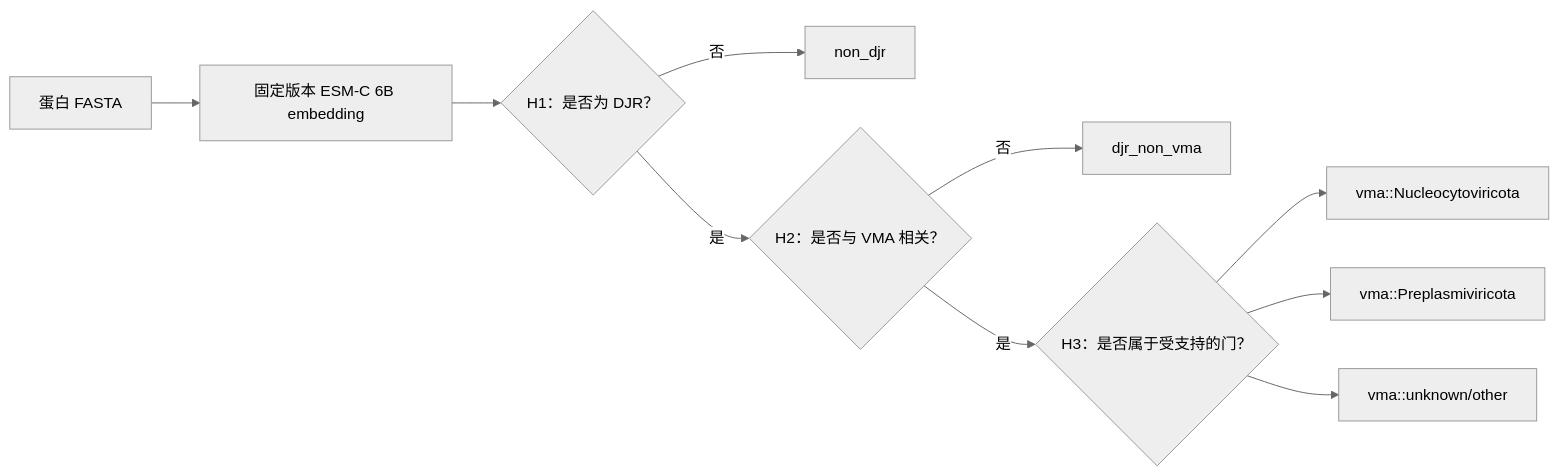
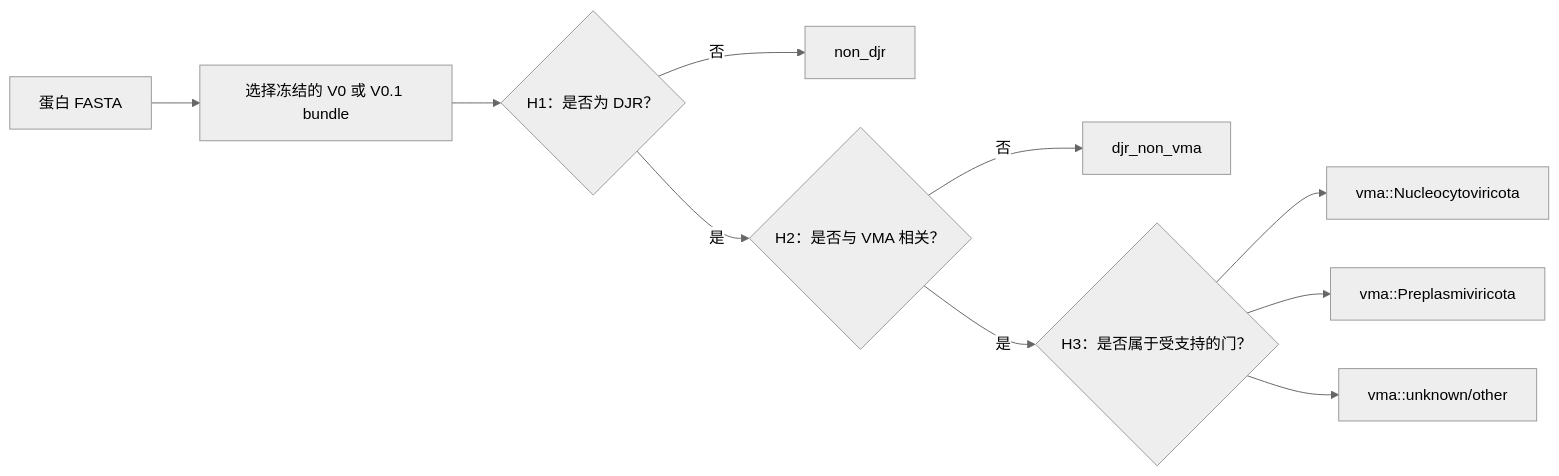
One commit to Hongda-Zhao/DJR-MCP-Finder changed the diagram in README.cn.md. Above: the diagram before and after it, drawn with Mermaid (neutral theme). The commit also changed other lines of this file and 15 other files, not shown here.

````diff
--- a/README.cn.md
+++ b/README.cn.md
@@ -19,12 +29,12 @@
 ```mermaid
 flowchart LR
-    A["蛋白 FASTA"] --> B["固定版本 ESM-C 6B embedding"]
+    A["蛋白 FASTA"] --> B["选择冻结的 V0 或 V0.1 bundle"]
     B --> H1{"H1：是否为 DJR？"}
     H1 -- "否" --> N["non_djr"]
     H1 -- "是" --> H2{"H2：是否与 VMA 相关？"}
     H2 -- "否" --> D["djr_non_vma"]
     H2 -- "是" --> H3{"H3：是否属于受支持的门？"}
     H3 --> P1["vma::Nucleocytoviricota"]
     H3 --> P2["vma::Preplasmiviricota"]
     H3 --> U["vma::unknown/other"]
 ```
````
